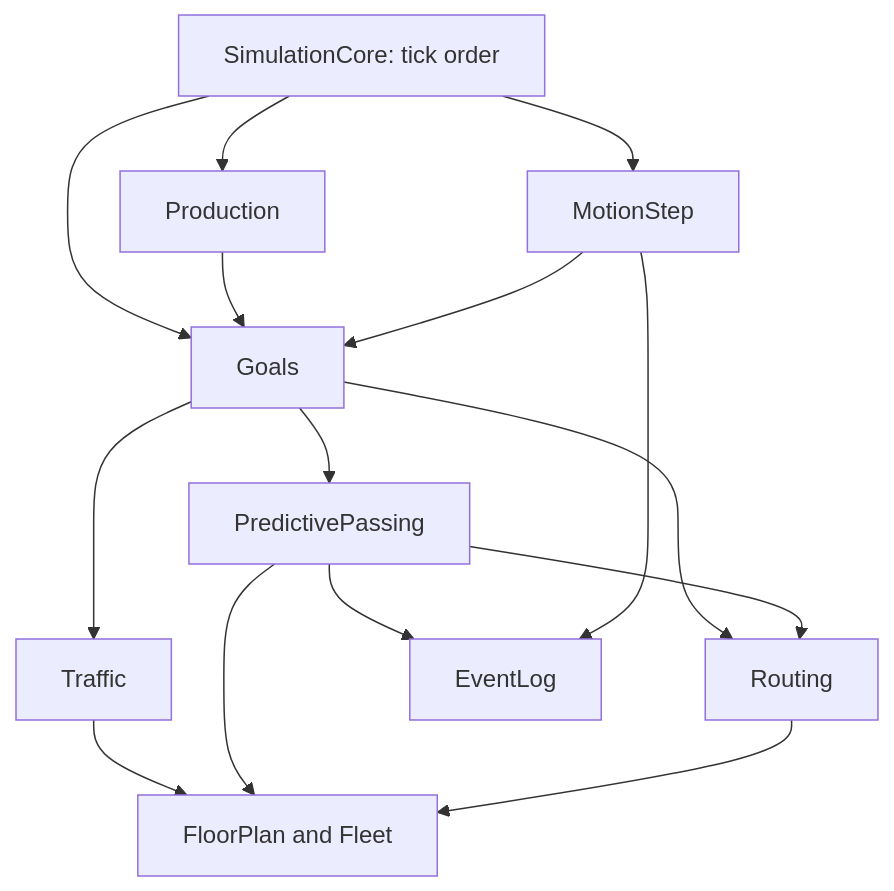
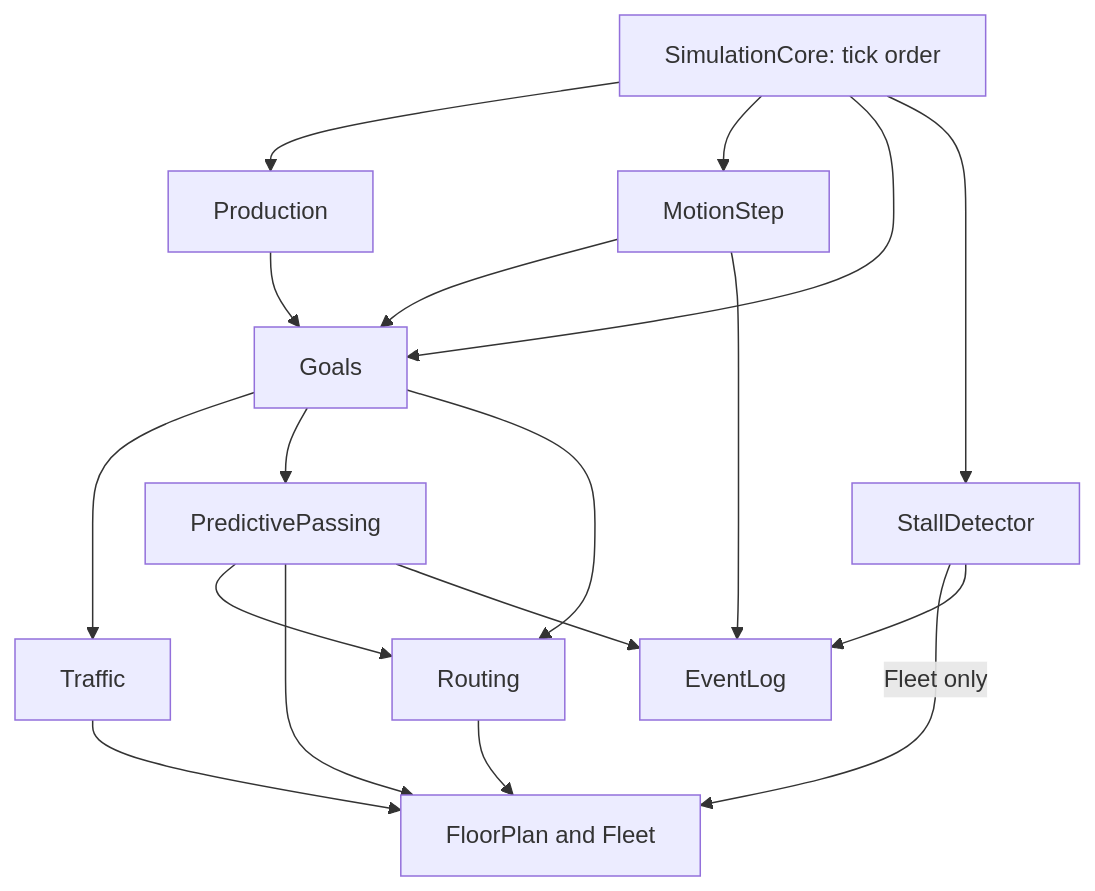
One commit to SMB-M87/Kinetra-Lab changed the second of 3 diagrams in docs/factory-simulation-architecture.md. Above: the diagram before and after it, drawn with Mermaid. The commit also changed other lines of this file and 9 other files, not shown here.

````diff
--- a/docs/factory-simulation-architecture.md
+++ b/docs/factory-simulation-architecture.md
@@ -65,17 +66,20 @@
 ```mermaid
 flowchart TD
     S[SimulationCore: tick order] --> P[Production]
     S --> M[MotionStep]
     S --> G[Goals]
+    S --> SD[StallDetector]
     P --> G
     M --> G
     G --> T[Traffic]
     G --> PP[PredictivePassing]
     G --> R[Routing]
     PP --> R
     T --> F[FloorPlan and Fleet]
     PP --> F
     R --> F
     PP --> E[EventLog]
     M --> E
+    SD -->|Fleet only| F
+    SD --> E
 ```
````
